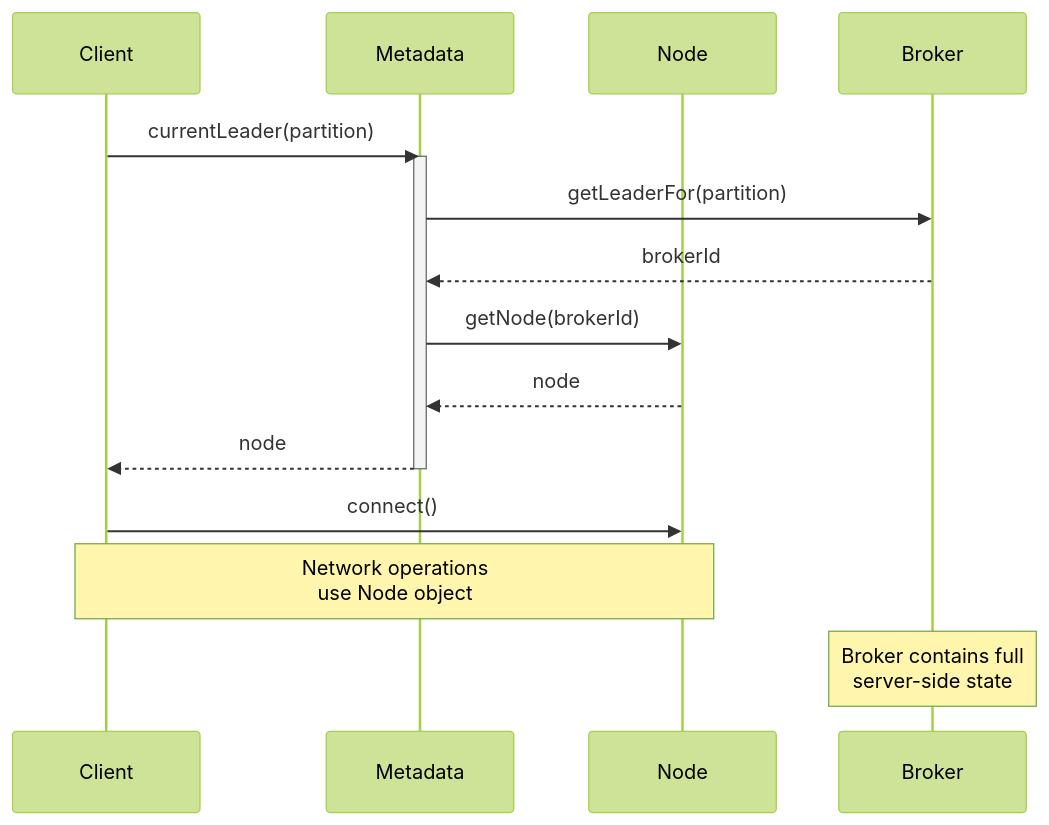
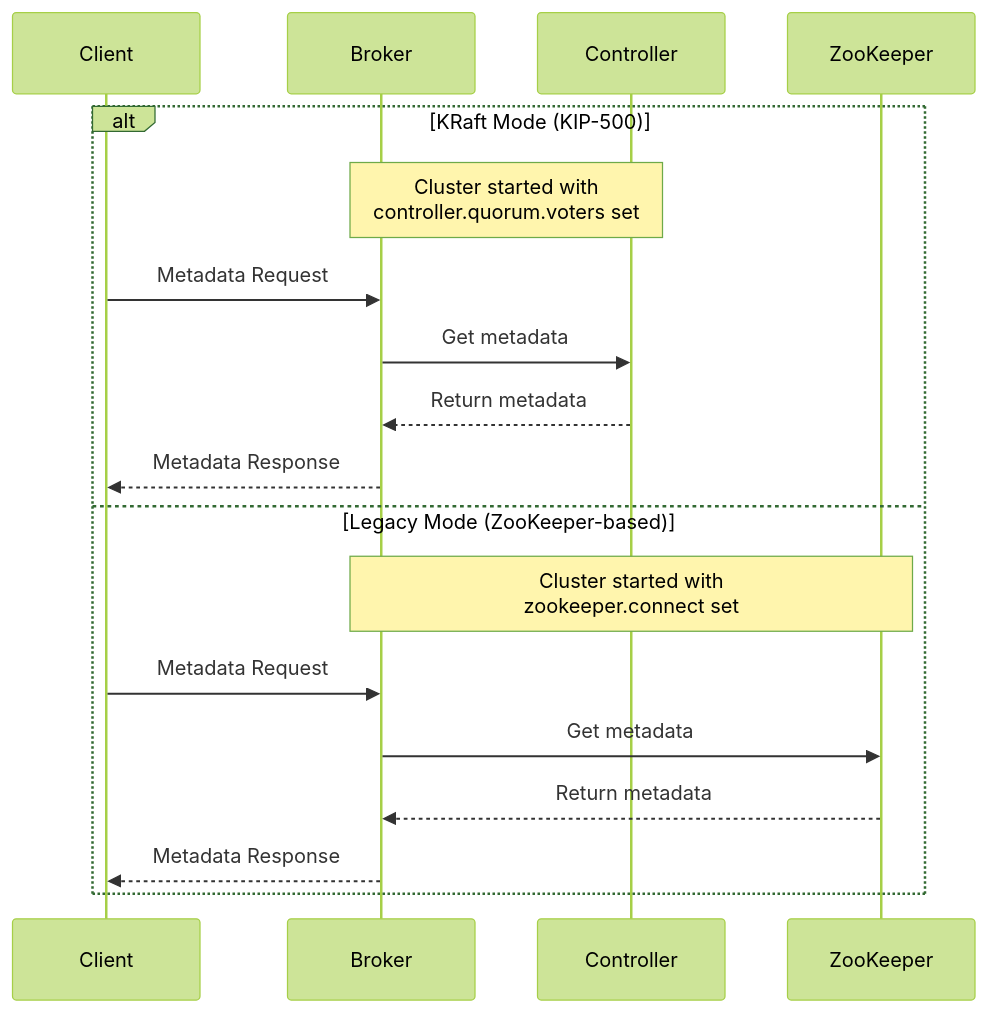
Before and after one commit to josix/josix-digitalgarden: the eighth of 8 diagrams in src/site/notes/random-thoughts/2024-12-21.md, drawn with Mermaid (forest theme). The commit also changed other lines of this file, not shown here.

````diff
--- a/src/site/notes/random-thoughts/2024-12-21.md
+++ b/src/site/notes/random-thoughts/2024-12-21.md
@@ -831,21 +883,21 @@
   ```mermaid
   sequenceDiagram
       participant Client
-      participant Metadata
-      participant Node
       participant Broker
-      
-      Client->>Metadata: currentLeader(partition)
-      activate Metadata
-      Metadata->>Broker: getLeaderFor(partition)
-      Broker-->>Metadata: brokerId
-      Metadata->>Node: getNode(brokerId)
-      Node-->>Metadata: node
-      Metadata-->>Client: node
-      deactivate Metadata
-      
-      Client->>Node: connect()
-      Note over Client,Node: Network operations<br/>use Node object
-      
-      Note over Broker: Broker contains full<br/>server-side state
+      participant Controller
+      participant ZooKeeper
+
+      alt KRaft Mode (KIP-500)
+          Note over Broker,Controller: Cluster started with<br/>controller.quorum.voters set
+          Client->>Broker: Metadata Request
+          Broker->>Controller: Get metadata
+          Controller-->>Broker: Return metadata
+          Broker-->>Client: Metadata Response
+      else Legacy Mode (ZooKeeper-based)
+          Note over Broker,ZooKeeper: Cluster started with<br/>zookeeper.connect set
+          Client->>Broker: Metadata Request
+          Broker->>ZooKeeper: Get metadata
+          ZooKeeper-->>Broker: Return metadata
+          Broker-->>Client: Metadata Response
+      end
   ```
````
